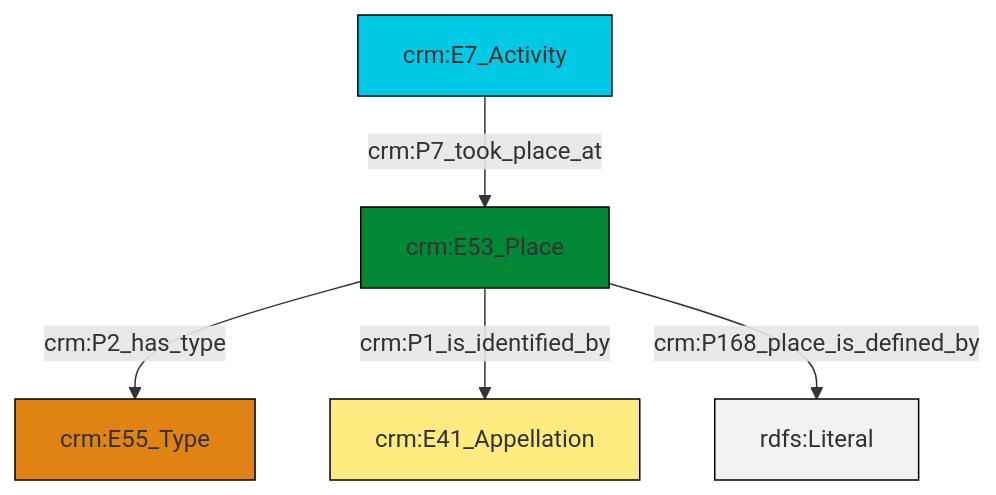
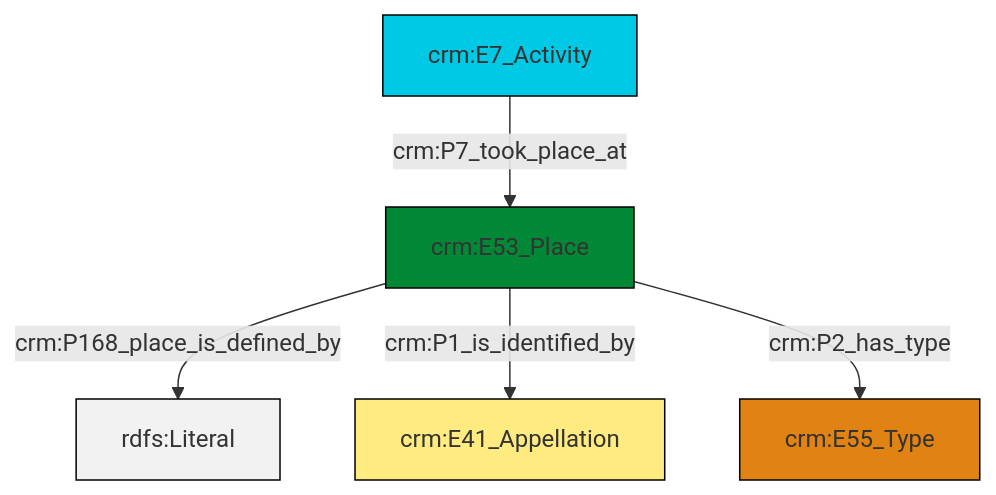
Before and after one commit to swiss-art-research-net/docs.swissartresearch: the diagram in et/eventCSV/ttl/mmd/event_location.ttl.mmd, drawn with Mermaid. The commit also changed 210 other files, not shown here.

```diff
--- a/et/eventCSV/ttl/mmd/event_location.ttl.mmd
+++ b/et/eventCSV/ttl/mmd/event_location.ttl.mmd
@@ -1,19 +1,19 @@
 graph TD
 classDef Literal fill:#f2f2f2,stroke:#000000;
 classDef CRM_Entity fill:#FFFFFF,stroke:#000000;
 classDef Temporal_Entity fill:#00C9E6, stroke:#000000;
 classDef Type fill:#E18312, stroke:#000000;
 classDef Time-Span fill:#2C9C91, stroke:#000000;
 classDef Appellation fill:#FFEB7F, stroke:#000000;
 classDef Place fill:#008836, stroke:#000000;
 classDef Persistent_Item fill:#B266B2, stroke:#000000;
 classDef Conceptual_Object fill:#FFD700, stroke:#000000;
 classDef Physical_Thing fill:#D2B48C, stroke:#000000;
 classDef Actor fill:#f58aad, stroke:#000000;
 classDef PC_Classes fill:#4ce600, stroke:#000000;
 classDef Multi fill:#cccccc,stroke:#000000;
 
-0["crm:E7_Activity"]:::Temporal_Entity -->|crm:P7_took_place_at| 1["crm:E53_Place"]:::Place
-1["crm:E53_Place"]:::Place -->|crm:P2_has_type| 2["crm:E55_Type"]:::Type
-1["crm:E53_Place"]:::Place -->|crm:P1_is_identified_by| 3["crm:E41_Appellation"]:::Appellation
-1["crm:E53_Place"]:::Place -->|crm:P168_place_is_defined_by| 5[rdfs:Literal]:::Literal
+0["crm:E53_Place"]:::Place -->|crm:P168_place_is_defined_by| 1[rdfs:Literal]:::Literal
+0["crm:E53_Place"]:::Place -->|crm:P1_is_identified_by| 4["crm:E41_Appellation"]:::Appellation
+2["crm:E7_Activity"]:::Temporal_Entity -->|crm:P7_took_place_at| 0["crm:E53_Place"]:::Place
+0["crm:E53_Place"]:::Place -->|crm:P2_has_type| 6["crm:E55_Type"]:::Type
```
